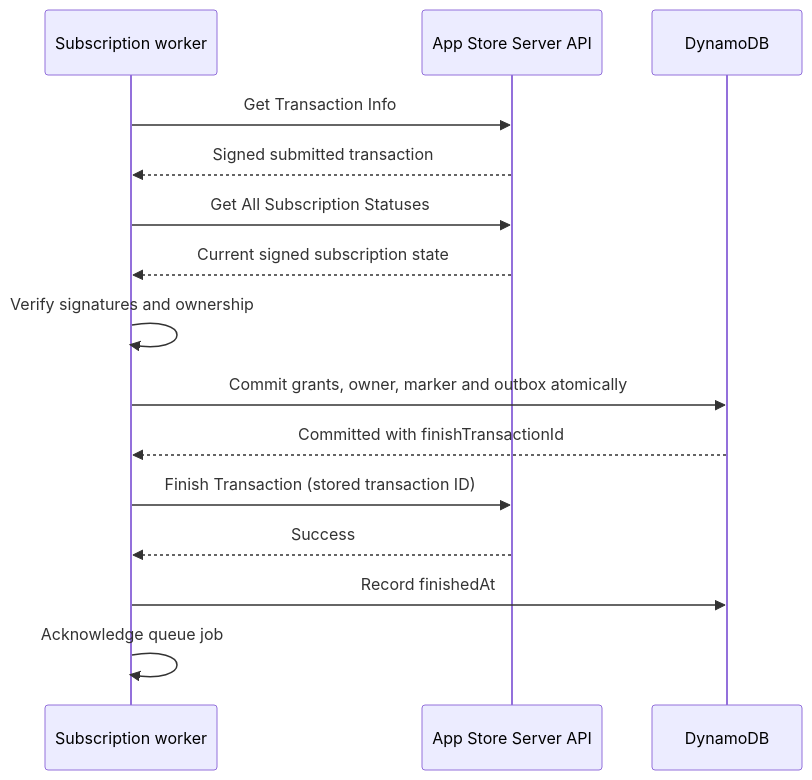
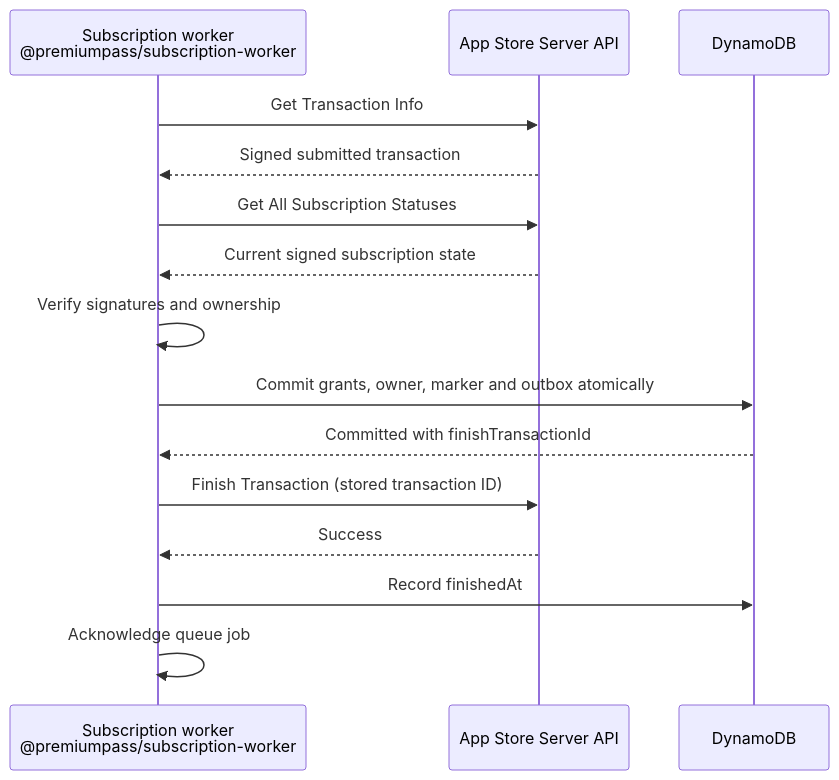
Before and after one commit to phillippbertram/subscription-consolidation-workshop: the second of 3 diagrams in docs/APPLE_PURCHASES.md, drawn with Mermaid. The commit also changed other lines of this file and 11 other files, not shown here.

````diff
--- a/docs/APPLE_PURCHASES.md
+++ b/docs/APPLE_PURCHASES.md
@@ -105,17 +105,17 @@
 ```mermaid
 sequenceDiagram
-    participant Worker as Subscription worker
+    participant Worker as Subscription worker<br/>@premiumpass/subscription-worker
     participant AppleAPI as App Store Server API
     participant DB as DynamoDB
     Worker->>AppleAPI: Get Transaction Info
     AppleAPI-->>Worker: Signed submitted transaction
     Worker->>AppleAPI: Get All Subscription Statuses
     AppleAPI-->>Worker: Current signed subscription state
     Worker->>Worker: Verify signatures and ownership
     Worker->>DB: Commit grants, owner, marker and outbox atomically
     DB-->>Worker: Committed with finishTransactionId
     Worker->>AppleAPI: Finish Transaction (stored transaction ID)
     AppleAPI-->>Worker: Success
     Worker->>DB: Record finishedAt
     Worker->>Worker: Acknowledge queue job
 ```
````
